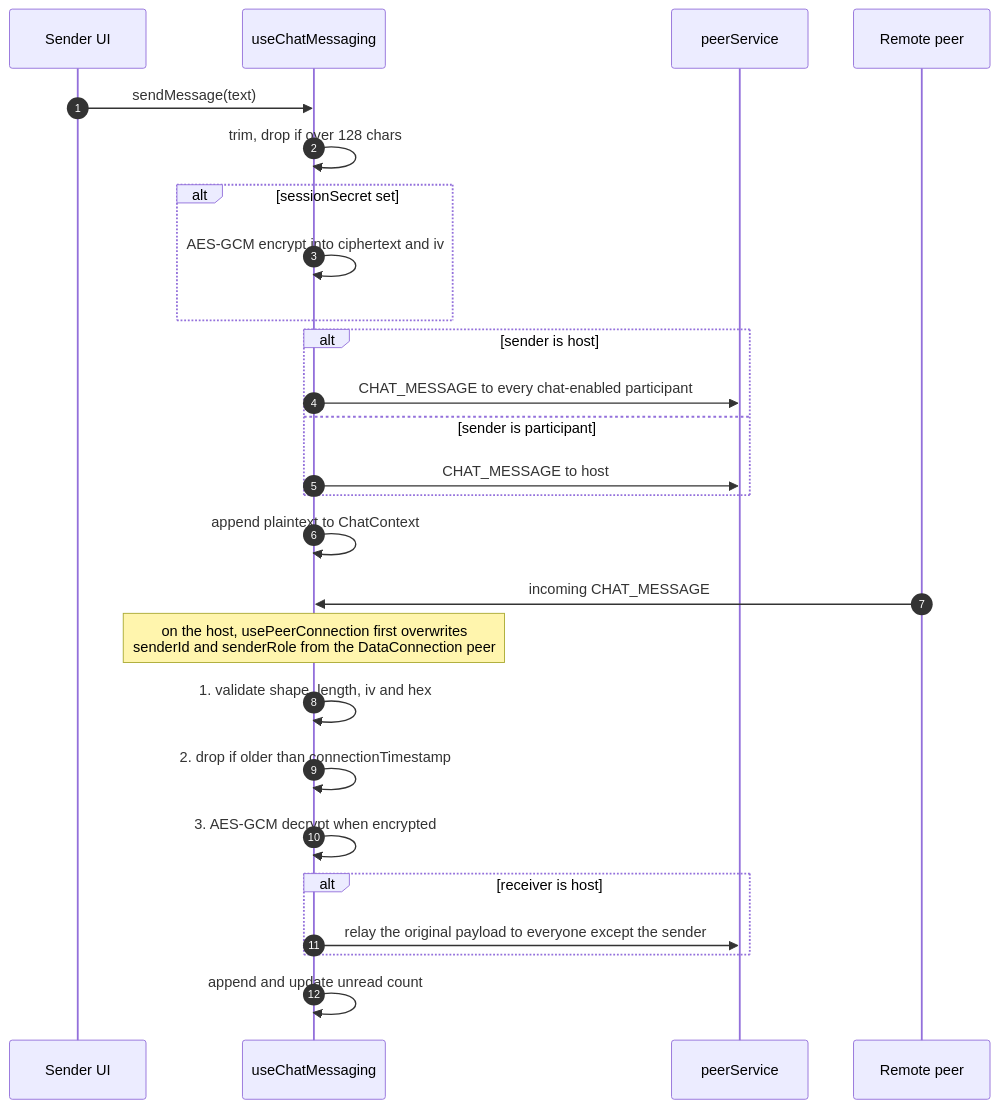
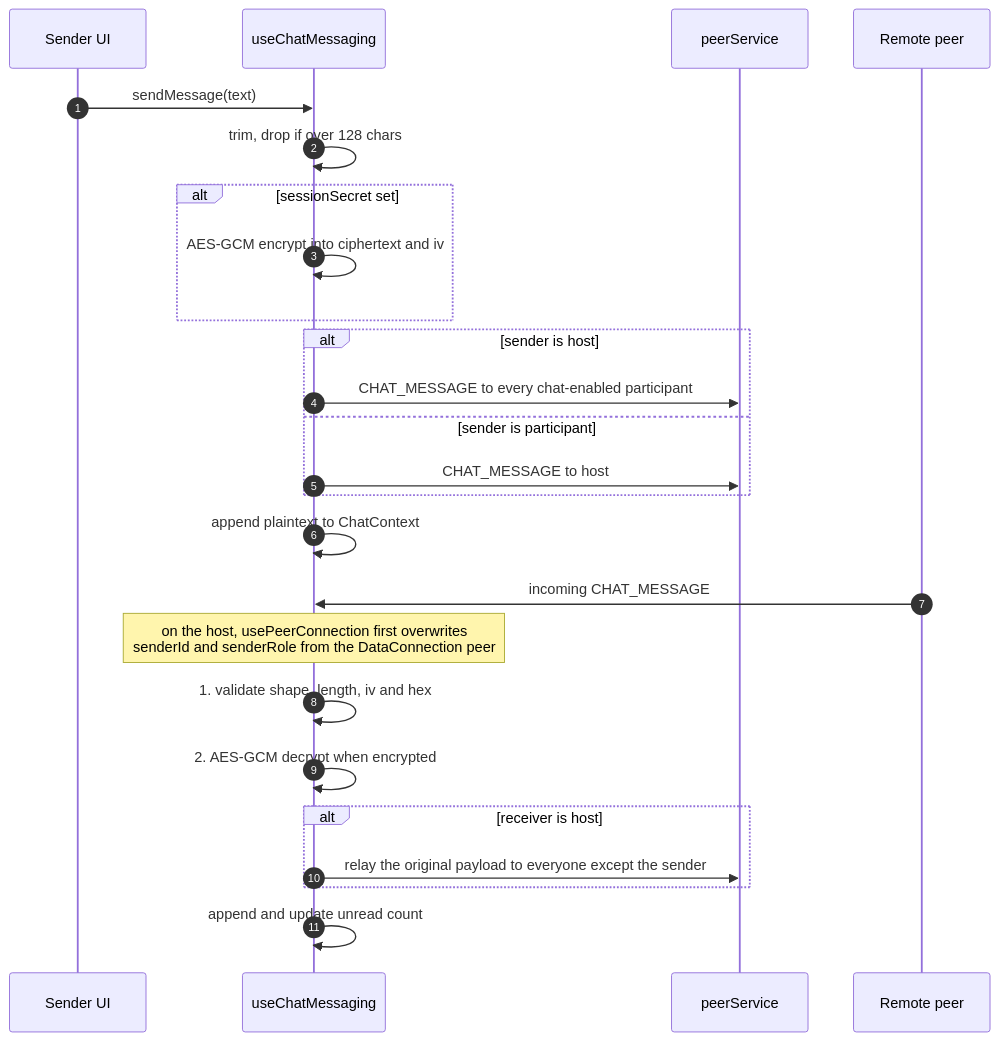
One commit to BackGwa/Perspective changed the fourth of 8 diagrams in ARCHITECTURE.md. Above: the diagram before and after it, drawn with Mermaid. The commit also changed other lines of this file, not shown here.

First line of the commit message:
docs(architecture): record clock handling, signaling retry and trust model

````diff
--- a/ARCHITECTURE.md
+++ b/ARCHITECTURE.md
@@ -114,30 +123,29 @@
 ```mermaid
 sequenceDiagram
     autonumber
     participant U as Sender UI
     participant CM as useChatMessaging
     participant PS as peerService
     participant R as Remote peer
 
     U->>CM: sendMessage(text)
     CM->>CM: trim, drop if over 128 chars
     alt sessionSecret set
         CM->>CM: AES-GCM encrypt into ciphertext and iv
     end
     alt sender is host
         CM->>PS: CHAT_MESSAGE to every chat-enabled participant
     else sender is participant
         CM->>PS: CHAT_MESSAGE to host
     end
     CM->>CM: append plaintext to ChatContext
 
     R->>CM: incoming CHAT_MESSAGE
     Note over CM: on the host, usePeerConnection first overwrites<br/>senderId and senderRole from the DataConnection peer
     CM->>CM: 1. validate shape, length, iv and hex
-    CM->>CM: 2. drop if older than connectionTimestamp
-    CM->>CM: 3. AES-GCM decrypt when encrypted
+    CM->>CM: 2. AES-GCM decrypt when encrypted
     alt receiver is host
         CM->>PS: relay the original payload to everyone except the sender
     end
     CM->>CM: append and update unread count
 ```
````
